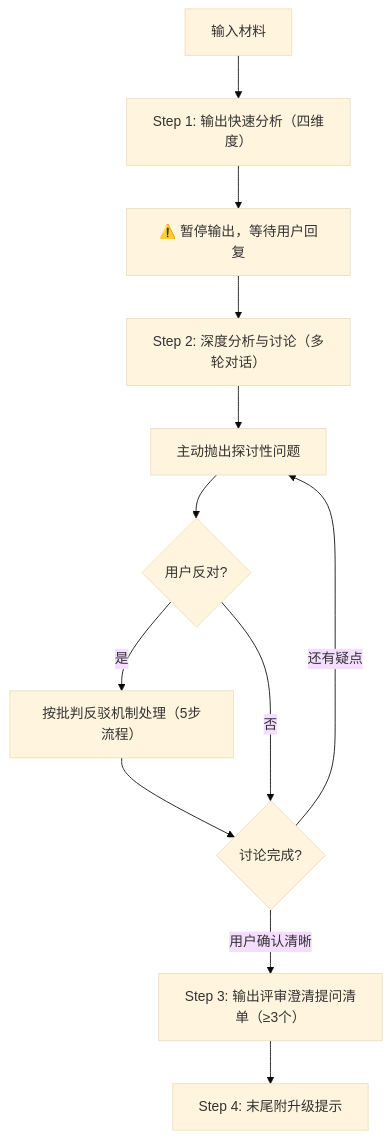
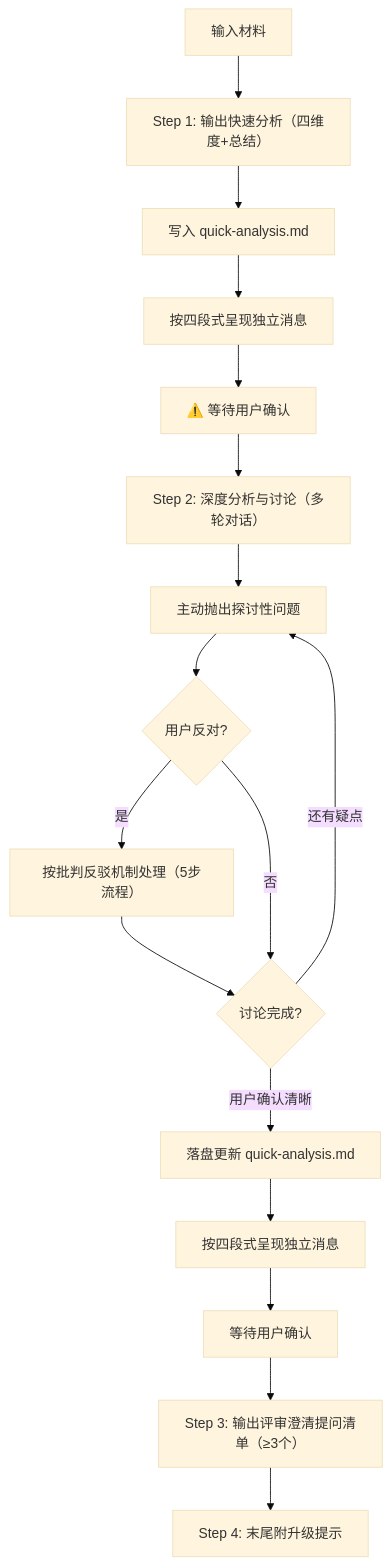
One commit to amumulam/rana changed the diagram in rana/references/workflow-quick-mode-guideline.md. Above: the diagram before and after it, drawn with Mermaid (base theme). The commit also changed other lines of this file and 9 other files, not shown here.

````diff
--- a/rana/references/workflow-quick-mode-guideline.md
+++ b/rana/references/workflow-quick-mode-guideline.md
@@ -5,14 +5,19 @@
 ```mermaid
 flowchart TD
-    QIN["输入材料"] --> Q1["Step 1: 输出快速分析（四维度）"]
-    Q1 --> QWAIT["⚠️ 暂停输出，等待用户回复"]
+    QIN["输入材料"] --> Q1["Step 1: 输出快速分析（四维度+总结）"]
+    Q1 --> Q1W["写入 quick-analysis.md"]
+    Q1W --> Q1M["按四段式呈现独立消息"]
+    Q1M --> QWAIT["⚠️ 等待用户确认"]
     QWAIT --> Q2["Step 2: 深度分析与讨论（多轮对话）"]
     Q2 --> Q2A["主动抛出探讨性问题"]
     Q2A --> Q2B{"用户反对?"}
     Q2B -- 是 --> Q2C["按批判反驳机制处理（5步流程）"]
     Q2C --> Q2D{"讨论完成?"}
     Q2B -- 否 --> Q2D
     Q2D -- "还有疑点" --> Q2A
-    Q2D -- "用户确认清晰" --> Q3["Step 3: 输出评审澄清提问清单（≥3个）"]
+    Q2D -- "用户确认清晰" --> Q2E["落盘更新 quick-analysis.md"]
+    Q2E --> Q2M["按四段式呈现独立消息"]
+    Q2M --> Q2F["等待用户确认"]
+    Q2F --> Q3["Step 3: 输出评审澄清提问清单（≥3个）"]
     Q3 --> Q4["Step 4: 末尾附升级提示"]
 ```
````
